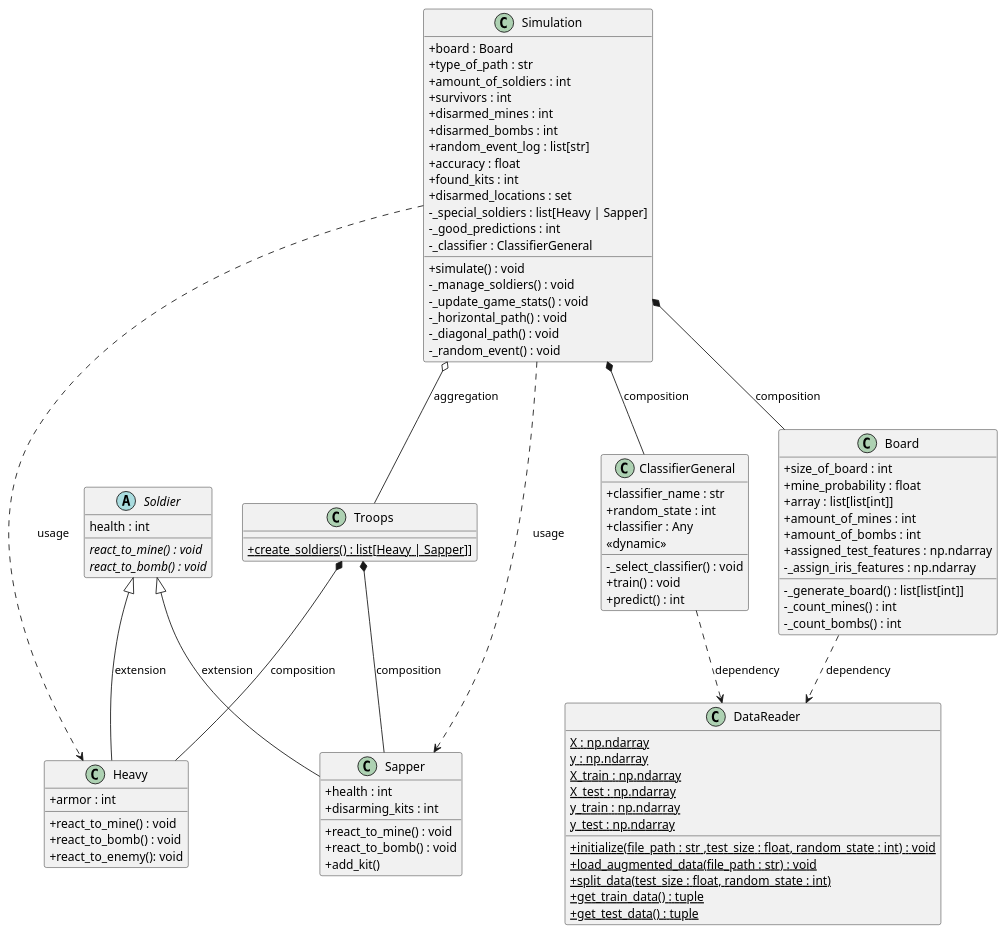
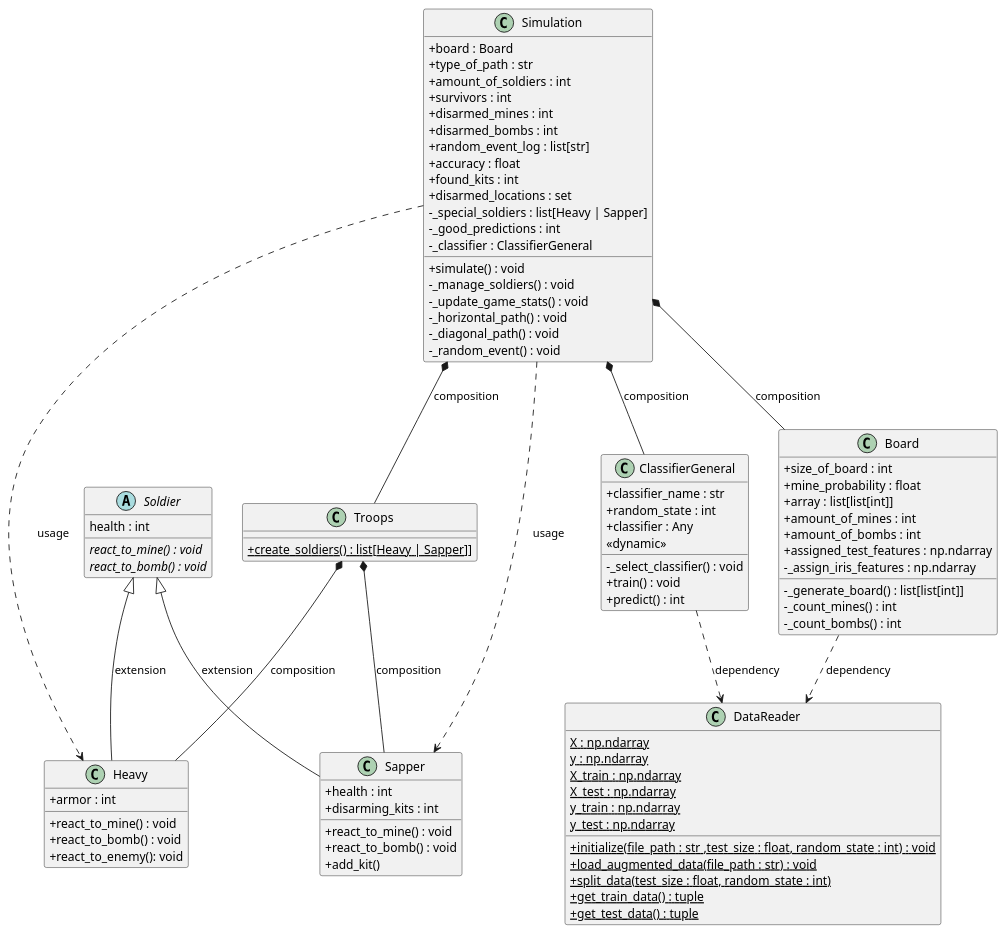
One commit to sonervous7/AIFieldCommander_v2 changed the diagram in docs/class_diagram.puml. Above: the diagram before and after it, drawn with PlantUML. The commit also changed 1 other file, not shown here.

```diff
--- a/docs/class_diagram.puml
+++ b/docs/class_diagram.puml
@@ -1,104 +1,104 @@
 @startuml
 'https://plantuml.com/class-diagram
 skinparam classAttributeIconSize 0
 
 abstract class Soldier {
 {abstract} react_to_mine() : void
 {abstract} react_to_bomb() : void
 health : int
 }
 
 class DataReader {
 {static} X : np.ndarray
 {static} y : np.ndarray
 {static} X_train : np.ndarray
 {static} X_test : np.ndarray
 {static} y_train : np.ndarray
 {static} y_test : np.ndarray
 {static} +initialize(file_path : str ,test_size : float, random_state : int) : void
 {static} +load_augmented_data(file_path : str) : void
 {static} +split_data(test_size : float, random_state : int)
 {static} +get_train_data() : tuple
 {static} +get_test_data() : tuple
 }
 
 class Sapper {
 +react_to_mine() : void
 +react_to_bomb() : void
 +add_kit()
 +health : int
 +disarming_kits : int
 }
 
 class Heavy {
 +react_to_mine() : void
 +react_to_bomb() : void
 +react_to_enemy(): void
 +armor : int
 }
 
 class Troops {
 {static} +create_soldiers() : list[Heavy | Sapper]]
 }
 
 class ClassifierGeneral {
 +classifier_name : str
 +random_state : int
 +classifier : Any
 <<dynamic>>
 -_select_classifier() : void
 +train() : void
 +predict() : int
 }
 
 class Board {
 +size_of_board : int
 +mine_probability : float
 +array : list[list[int]]
 +amount_of_mines : int
 +amount_of_bombs : int
 +assigned_test_features : np.ndarray
 -_generate_board() : list[list[int]]
 -_count_mines() : int
 -_count_bombs() : int
 -_assign_iris_features : np.ndarray
 
 }
 
 class Simulation {
 +board : Board
 +type_of_path : str
 +amount_of_soldiers : int
 +survivors : int
 +disarmed_mines : int
 +disarmed_bombs : int
 +random_event_log : list[str]
 +accuracy : float
 +found_kits : int
 +disarmed_locations : set
 -_special_soldiers : list[Heavy | Sapper]
 -_good_predictions : int
 -_classifier : ClassifierGeneral
 +simulate() : void
 -_manage_soldiers() : void
 -_update_game_stats() : void
 -_horizontal_path() : void
 -_diagonal_path() : void
 -_random_event() : void
 
 }
 
 Soldier <|-- Heavy : extension
 Soldier <|-- Sapper : extension
 Troops *-- Heavy : composition
 Troops *-- Sapper : composition
 Simulation *-- Board : composition
 Simulation *-- ClassifierGeneral : composition
-Simulation o-- Troops : aggregation
+Simulation *-- Troops : composition
 Simulation ..> Heavy : usage
 Simulation ..> Sapper : usage
 Board ..> DataReader : dependency
 ClassifierGeneral ..> DataReader : dependency
 
 
 @enduml
```
